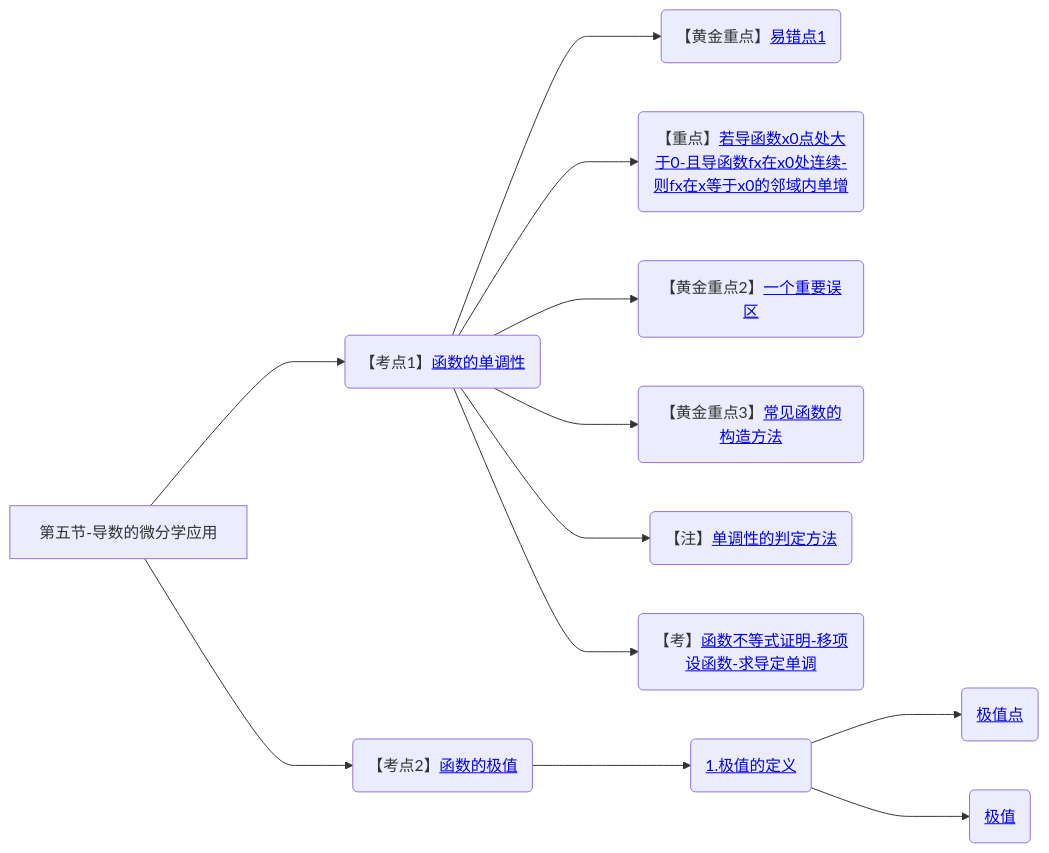
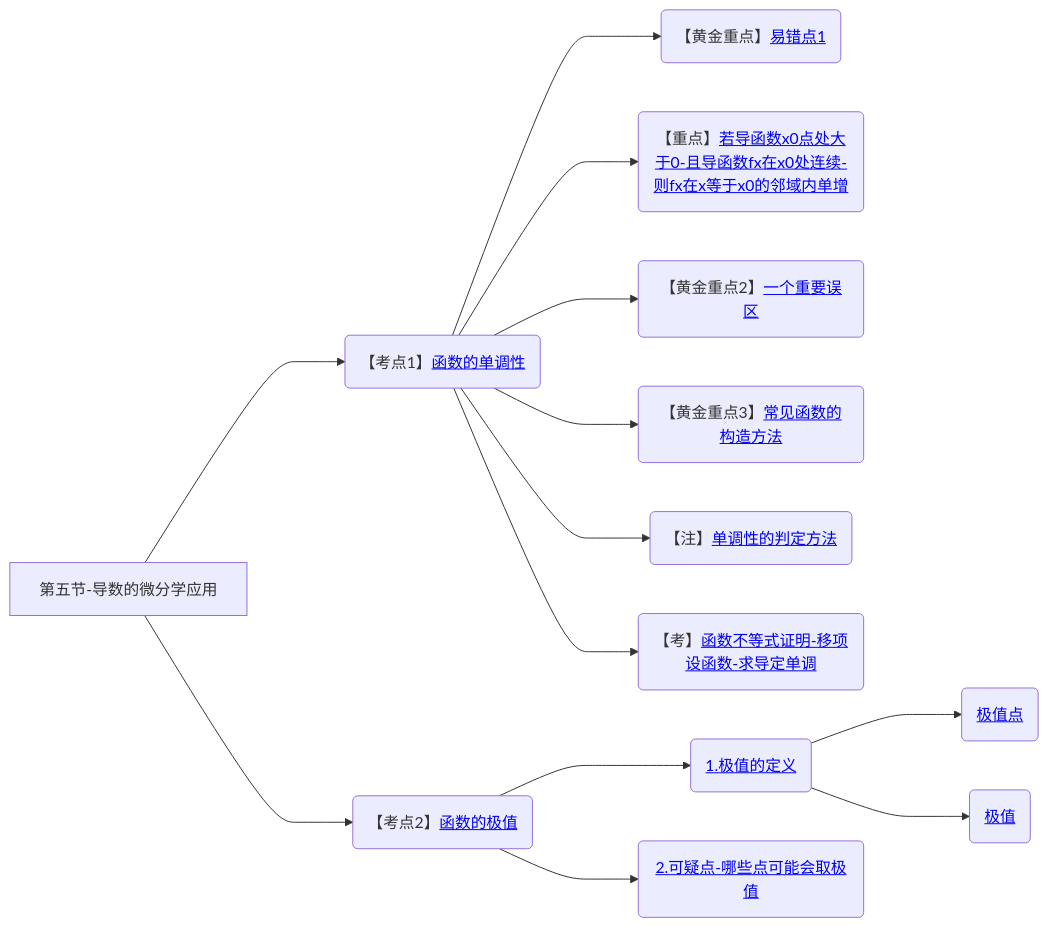
Diagram 15 of 15 in 笔记/数学/周洋鑫/01.基础班思维导图.md (yuebinghui/note), drawn with Mermaid before and after one commit. The commit also changed 7 other files, not shown here.

````diff
--- a/笔记/数学/周洋鑫/01.基础班思维导图.md
+++ b/笔记/数学/周洋鑫/01.基础班思维导图.md
@@ -530,17 +530,18 @@
 ```mermaid
 graph LR
 第五节-导数的微分学应用
 
 第五节-导数的微分学应用--->函数的单调性(【考点1】<a href="/Users/yuebinghui/Documents/program/github/note/笔记/数学/周洋鑫/基础班/15.导数的微分学应用_1.md#函数的单调性">函数的单调性</>)
 函数的单调性--->易错点1(【黄金重点】<a href="/Users/yuebinghui/Documents/program/github/note/笔记/数学/周洋鑫/基础班/15.导数的微分学应用_1.md#易错点1">易错点1</>)
 函数的单调性--->若导函数x0点处大于0-且导函数fx在x0处连续-则fx在x等于x0的邻域内单增(【重点】<a href="/Users/yuebinghui/Documents/program/github/note/笔记/数学/周洋鑫/基础班/15.导数的微分学应用_1.md#若导函数x0点处大于0-且导函数fx在x0处连续-则fx在x等于x0的邻域内单增">若导函数x0点处大于0-且导函数fx在x0处连续-则fx在x等于x0的邻域内单增</>)
 函数的单调性--->一个重要误区(【黄金重点2】<a href="/Users/yuebinghui/Documents/program/github/note/笔记/数学/周洋鑫/基础班/15.导数的微分学应用_1.md#一个重要误区">一个重要误区</>)
 函数的单调性--->常见函数的构造方法(【黄金重点3】<a href="/Users/yuebinghui/Documents/program/github/note/笔记/数学/周洋鑫/基础班/15.导数的微分学应用_1.md#常见函数的构造方法">常见函数的构造方法</>)
 函数的单调性--->单调性的判定方法(【注】<a href="/Users/yuebinghui/Documents/program/github/note/笔记/数学/周洋鑫/基础班/15.导数的微分学应用_1.md#单调性的判定方法">单调性的判定方法</>)
 函数的单调性--->函数不等式证明-移项设函数-求导定单调(【考】<a href="/Users/yuebinghui/Documents/program/github/note/笔记/数学/周洋鑫/基础班/15.导数的微分学应用_1.md#函数不等式证明-移项设函数-求导定单调">函数不等式证明-移项设函数-求导定单调</>)
 
 第五节-导数的微分学应用--->函数的极值(【考点2】<a href="/Users/yuebinghui/Documents/program/github/note/笔记/数学/周洋鑫/基础班/16.导数的微分学应用_2.md#函数的极值">函数的极值</>)
 函数的极值--->1.极值的定义(<a href="/Users/yuebinghui/Documents/program/github/note/笔记/数学/周洋鑫/基础班/16.导数的微分学应用_2.md#1.极值的定义">1.极值的定义</>)
 1.极值的定义--->极值点(<a href="/Users/yuebinghui/Documents/program/github/note/笔记/数学/周洋鑫/基础班/16.导数的微分学应用_2.md#极值点">极值点</>)
 1.极值的定义--->极值(<a href="/Users/yuebinghui/Documents/program/github/note/笔记/数学/周洋鑫/基础班/16.导数的微分学应用_2.md#极值">极值</>)
+函数的极值--->2.可疑点-哪些点可能会取极值(<a href="/Users/yuebinghui/Documents/program/github/note/笔记/数学/周洋鑫/基础班/16.导数的微分学应用_2.md#2.可疑点-哪些点可能会取极值">2.可疑点-哪些点可能会取极值</>)
 ```
````
